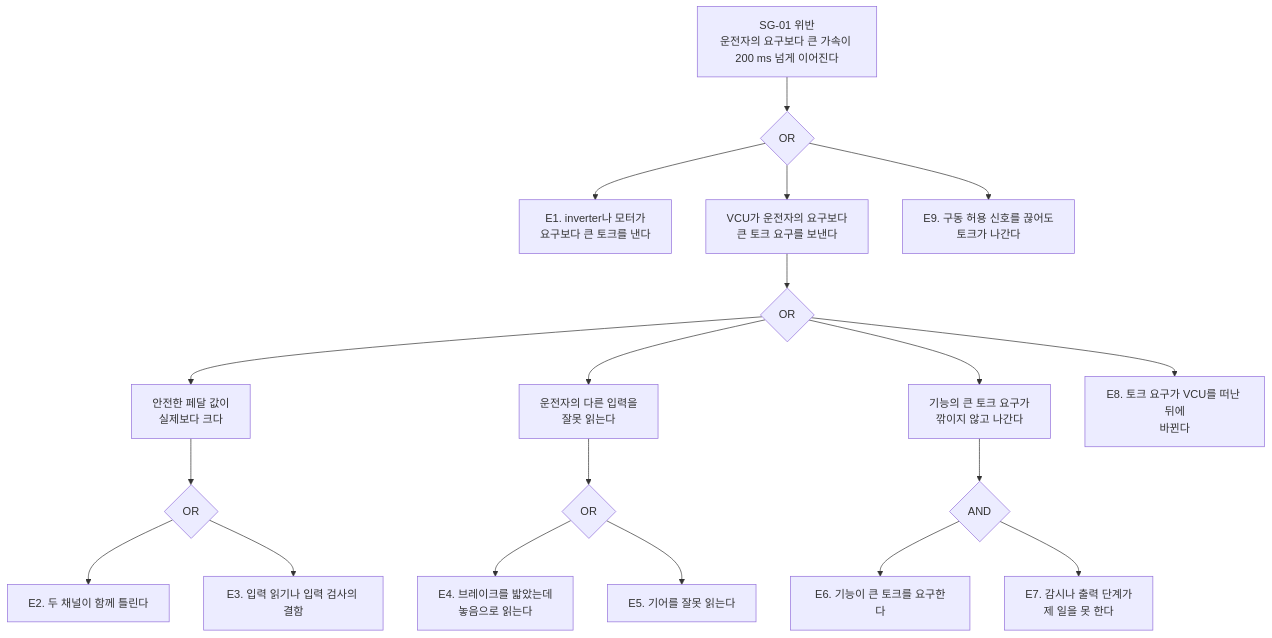
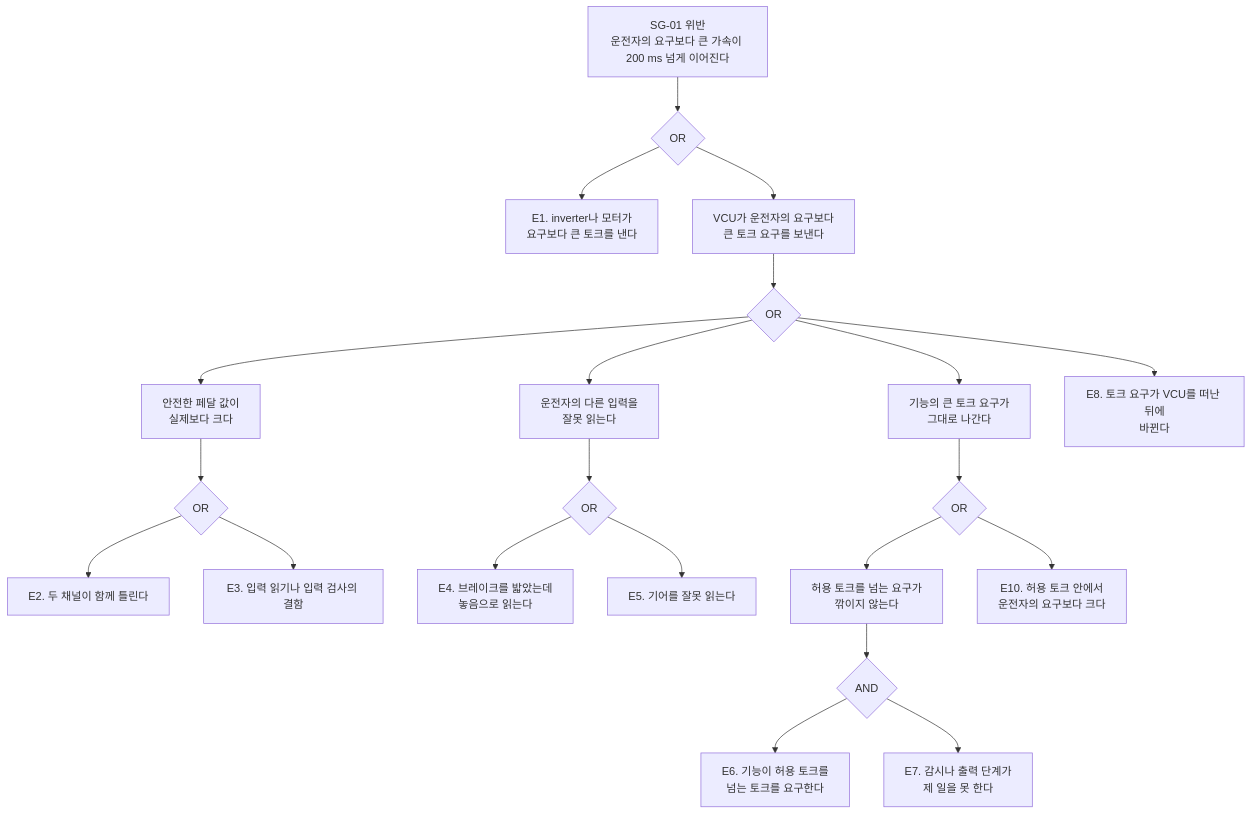
The diagram in example/drive-torque/docs/fta.md (danielhongwoo/fusa), drawn with Mermaid before and after one commit. The commit also changed other lines of this file and 8 other files, not shown here.

````diff
--- a/example/drive-torque/docs/fta.md
+++ b/example/drive-torque/docs/fta.md
@@ -10,40 +10,44 @@
 ```mermaid
 flowchart TD
     TOP["SG-01 위반<br/>운전자의 요구보다 큰 가속이 200 ms 넘게 이어진다"]
     OR1{"OR"}
     X1["E1. inverter나 모터가<br/>요구보다 큰 토크를 낸다"]
     G2["VCU가 운전자의 요구보다<br/>큰 토크 요구를 보낸다"]
-    X3["E9. 구동 허용 신호를 끊어도<br/>토크가 나간다"]
     OR2{"OR"}
     G3["안전한 페달 값이<br/>실제보다 크다"]
     G4["운전자의 다른 입력을<br/>잘못 읽는다"]
-    G5["기능의 큰 토크 요구가<br/>깎이지 않고 나간다"]
+    G5["기능의 큰 토크 요구가<br/>그대로 나간다"]
     X8["E8. 토크 요구가 VCU를 떠난 뒤에<br/>바뀐다"]
     OR3{"OR"}
     E2["E2. 두 채널이 함께 틀린다"]
     E3["E3. 입력 읽기나 입력 검사의 결함"]
     OR4{"OR"}
     E4["E4. 브레이크를 밟았는데<br/>놓음으로 읽는다"]
     E5["E5. 기어를 잘못 읽는다"]
+    OR5{"OR"}
+    G6["허용 토크를 넘는 요구가<br/>깎이지 않는다"]
+    E10["E10. 허용 토크 안에서<br/>운전자의 요구보다 크다"]
     AND1{"AND"}
-    E6["E6. 기능이 큰 토크를 요구한다"]
+    E6["E6. 기능이 허용 토크를<br/>넘는 토크를 요구한다"]
     E7["E7. 감시나 출력 단계가<br/>제 일을 못 한다"]
     TOP --> OR1
     OR1 --> X1
     OR1 --> G2
-    OR1 --> X3
     G2 --> OR2
     OR2 --> G3
     OR2 --> G4
     OR2 --> G5
     OR2 --> X8
     G3 --> OR3
     OR3 --> E2
     OR3 --> E3
     G4 --> OR4
     OR4 --> E4
     OR4 --> E5
-    G5 --> AND1
+    G5 --> OR5
+    OR5 --> G6
+    OR5 --> E10
+    G6 --> AND1
     AND1 --> E6
     AND1 --> E7
 ```
````
